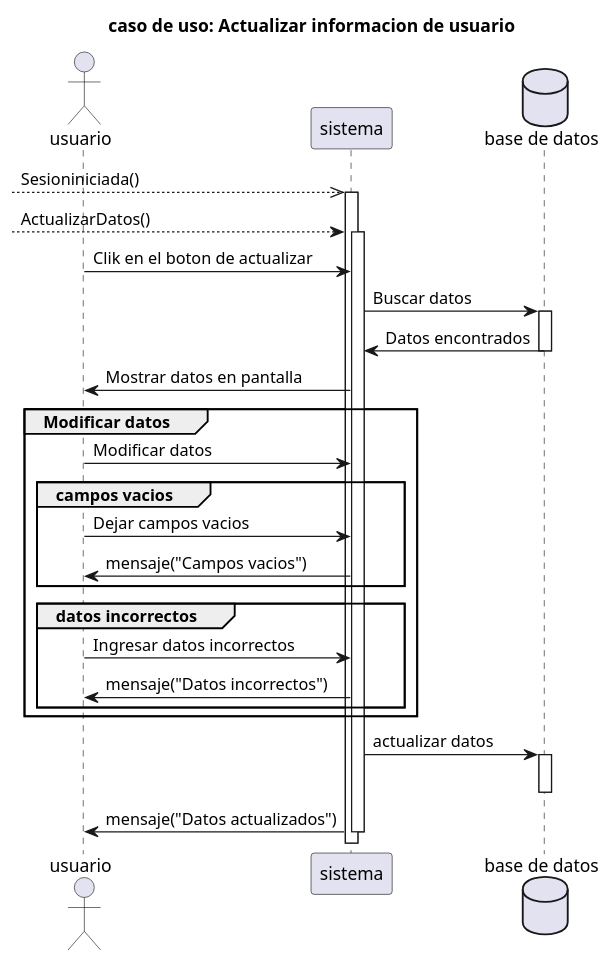
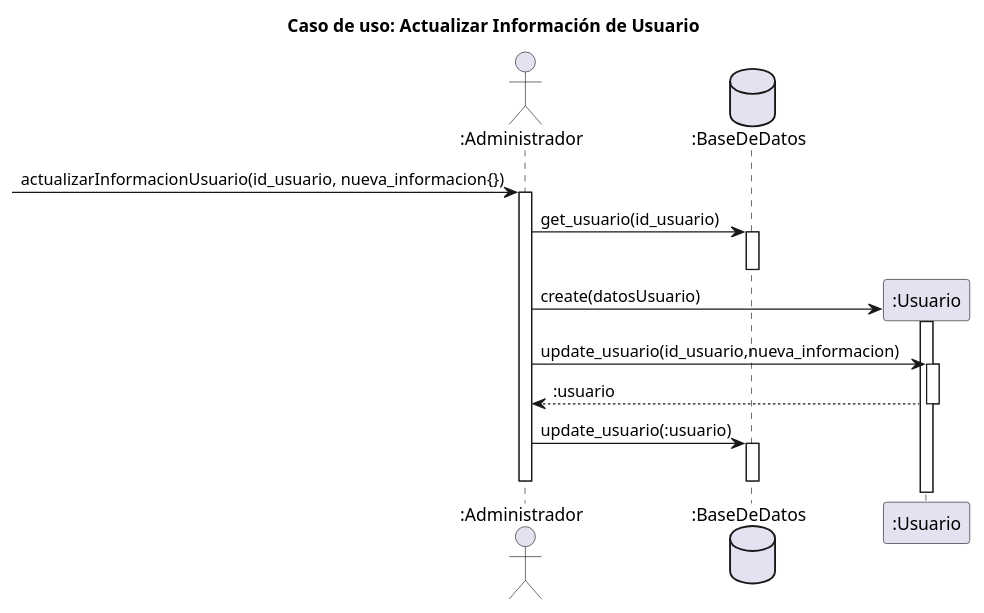
Before and after one commit to RubenE107/diagramas-de-dise-o-uml: the diagram in interacion 2/Actualizarinformacióndeusuario.puml, drawn with PlantUML. The commit also changed 1 other file, not shown here.

Commit message:
Actualizar informacion de un libro

```diff
--- a/interacion 2/Actualizarinformacióndeusuario.puml
+++ b/interacion 2/Actualizarinformacióndeusuario.puml
@@ -1,37 +1,67 @@
 @startuml
-title caso de uso: Actualizar informacion de usuario
-actor "usuario" as U
-participant "sistema" as S
-database "base de datos" as BD
+' title caso de uso: Actualizar informacion de usuario
+' actor "usuario" as U
+' participant "sistema" as S
+' database "base de datos" as BD
 
--->>S:Sesioniniciada()
-activate S
--->S: ActualizarDatos()
-activate S
-U->S: Clik en el boton de actualizar
-S->BD: Buscar datos
-activate BD
+' -->>S:Sesioniniciada()
+' activate S
+' -->S: ActualizarDatos()
+' activate S
+' U->S: Clik en el boton de actualizar
+' S->BD: Buscar datos
+' activate BD
 
-BD->S: Datos encontrados
-deactivate BD
-S->U: Mostrar datos en pantalla
-group Modificar datos
-    U->S: Modificar datos
-    group campos vacios
-        U->S: Dejar campos vacios
-        S->U: mensaje("Campos vacios")
-        end
-    group datos incorrectos
-        U->S: Ingresar datos incorrectos
-        S->U: mensaje("Datos incorrectos")
-    end
-end
+' BD->S: Datos encontrados
+' deactivate BD
+' S->U: Mostrar datos en pantalla
+' group Modificar datos
+'     U->S: Modificar datos
+'     group campos vacios
+'         U->S: Dejar campos vacios
+'         S->U: mensaje("Campos vacios")
+'         end
+'     group datos incorrectos
+'         U->S: Ingresar datos incorrectos
+'         S->U: mensaje("Datos incorrectos")
+'     end
+' end
 
-S->BD: actualizar datos
-activate BD
-deactivate BD
-S->U: mensaje("Datos actualizados")
-deactivate S
+' S->BD: actualizar datos
+' activate BD
+' deactivate BD
+' S->U: mensaje("Datos actualizados")
+' deactivate S
+
+title Caso de uso: Actualizar Información de Usuario
+
+actor ":Administrador" as a
+database ":BaseDeDatos" as bd
 
 
+-> a:actualizarInformacionUsuario(id_usuario, nueva_informacion{})
+activate a
+
+a -> bd:get_usuario(id_usuario)
+activate bd
+deactivate bd
+
+create ":Usuario" as usuario
+a -> usuario:create(datosUsuario)
+activate usuario
+
+a -> usuario:update_usuario(id_usuario,nueva_informacion)
+activate usuario
+
+usuario --> a::usuario
+deactivate usuario
+
+a -> bd:update_usuario(:usuario)
+activate bd
+
+
+deactivate bd
+
+deactivate a
+
 @enduml
```
